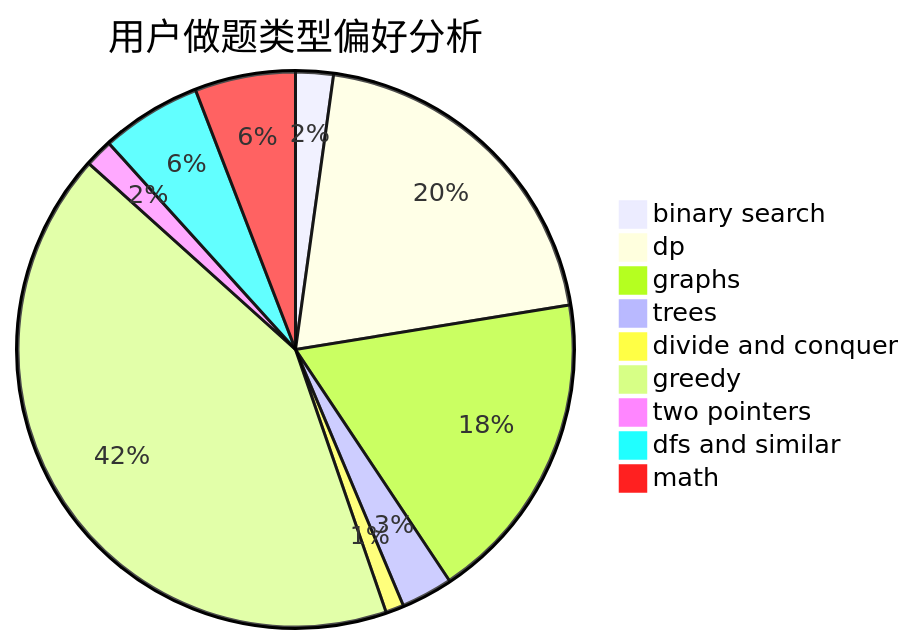
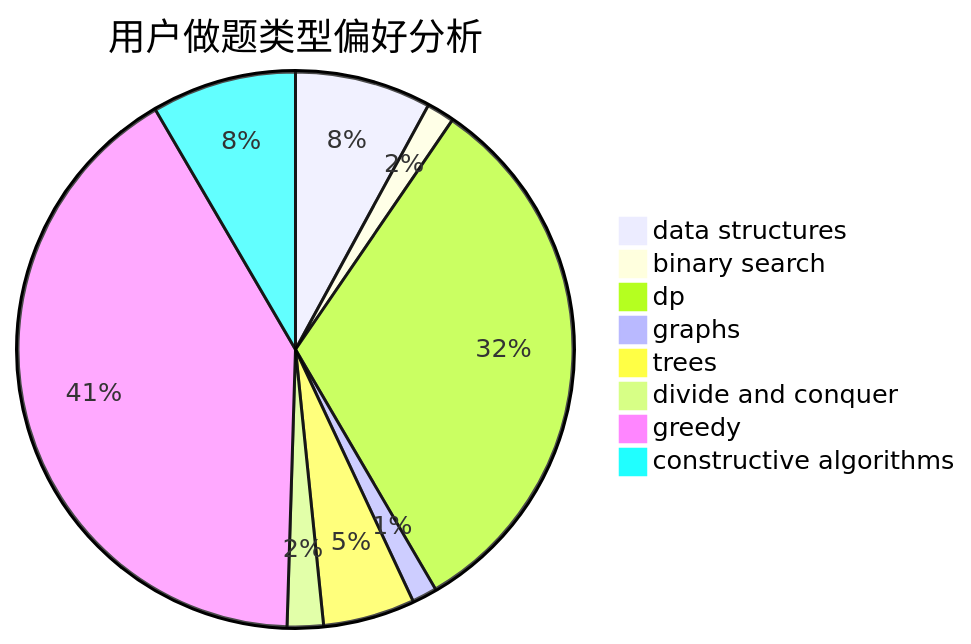
Before and after one commit to sherpahu/cfrs.github.io: the second of 3 diagrams in docs/user/u1972.md, drawn with Mermaid. The commit also changed other lines of this file and 2775 other files, not shown here.

````diff
--- a/docs/user/u1972.md
+++ b/docs/user/u1972.md
@@ -23,12 +23,11 @@
 ```mermaid
 pie title 用户做题类型偏好分析
-    "binary search" :  27
-    "dp" :  249
-    "graphs" :  224
-    "trees" :  37
+    "data structures" :  49
+    "binary search" :  10
+    "dp" :  198
+    "graphs" :  9
+    "trees" :  33
     "divide and conquer" :  13
-    "greedy" :  516
-    "two pointers" :  20
-    "dfs and similar" :  72
-    "math" :  72
+    "greedy" :  254
+    "constructive algorithms" :  52
 ```
````
